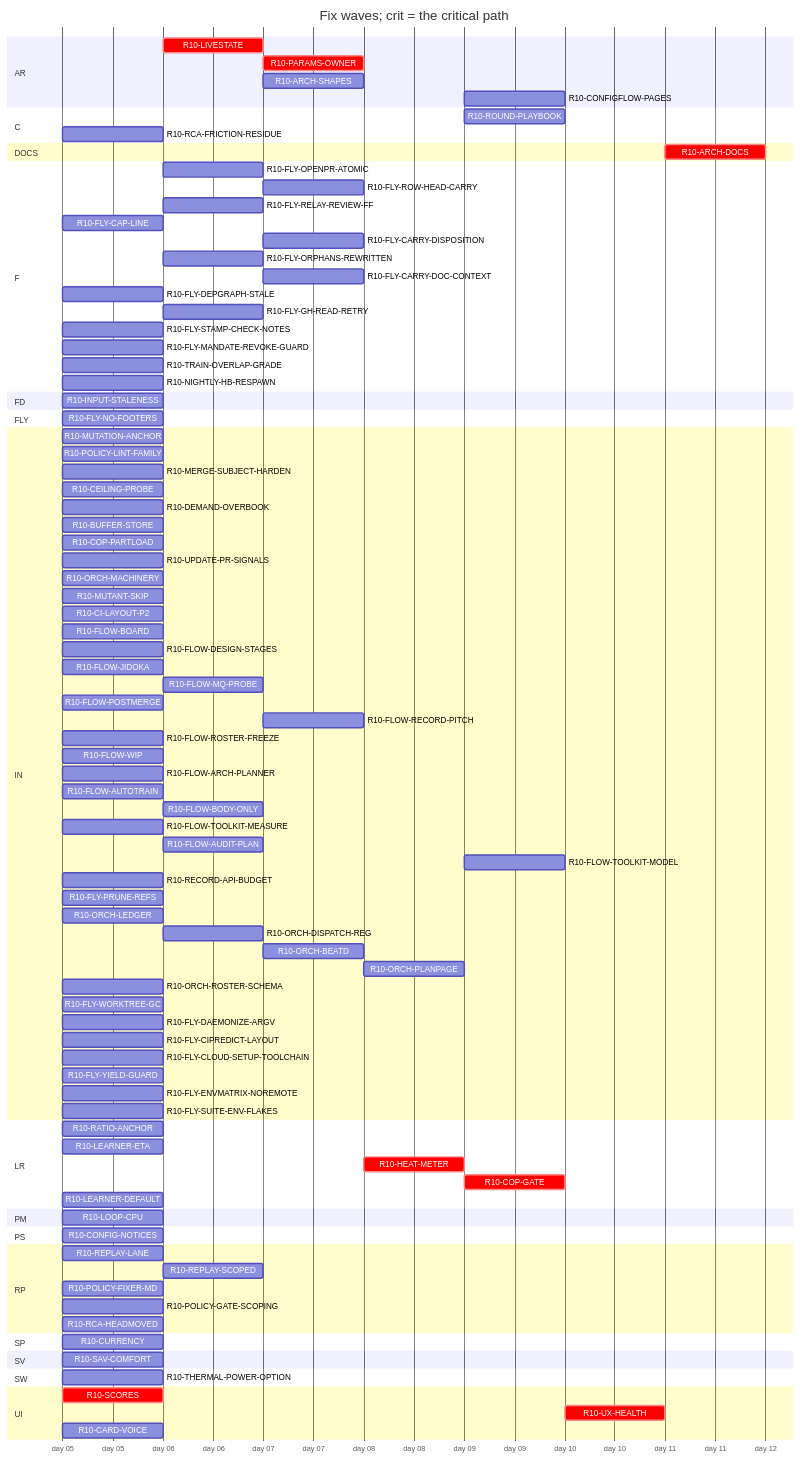
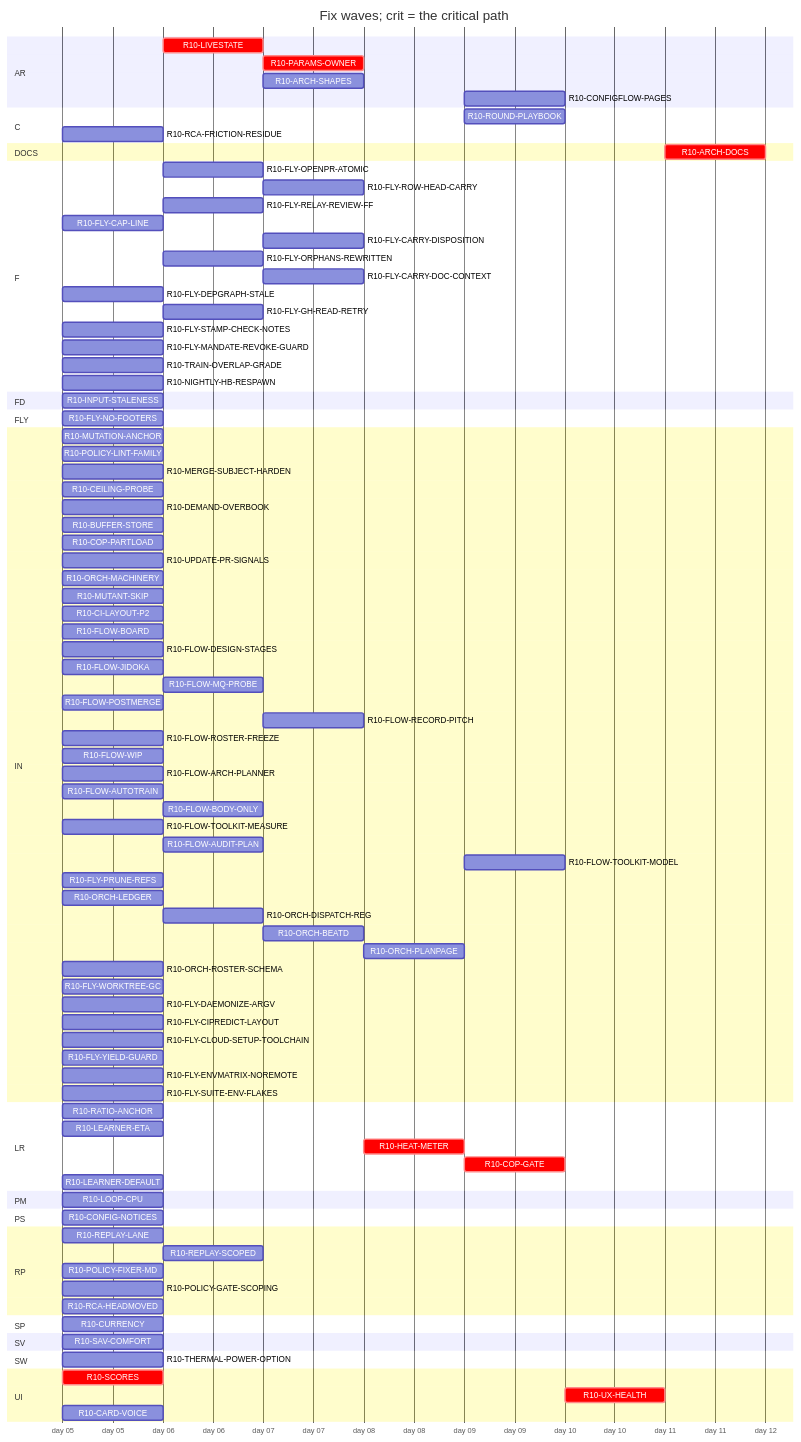
One commit to tvofi/heatpump_optimizer changed the diagram in handoff/round10/state/PLAN-TABLE.md. Above: the diagram before and after it, drawn with Mermaid. The commit also changed other lines of this file and 2 other files, not shown here.

```diff
--- a/handoff/round10/state/PLAN-TABLE.md
+++ b/handoff/round10/state/PLAN-TABLE.md
@@ -84,7 +84,6 @@
     R10-FLOW-TOOLKIT-MEASURE :r10FLOWTOOLKITMEASURE, 2026-01-05, 1d
     R10-FLOW-AUDIT-PLAN :r10FLOWAUDITPLAN, after r10FLOWARCHPLANNER r10FLOWTOOLKITMEASURE, 1d
     R10-FLOW-TOOLKIT-MODEL :r10FLOWTOOLKITMODEL, after r10ORCHPLANPAGE r10FLOWTOOLKITMEASURE, 1d
-    R10-RECORD-API-BUDGET :r10RECORDAPIBUDGET, 2026-01-05, 1d
     R10-FLY-PRUNE-REFS :r10FLYPRUNEREFS, 2026-01-05, 1d
     R10-ORCH-LEDGER :r10ORCHLEDGER, 2026-01-05, 1d
     R10-ORCH-DISPATCH-REG :r10ORCHDISPATCHREG, after r10ORCHLEDGER, 1d
```
